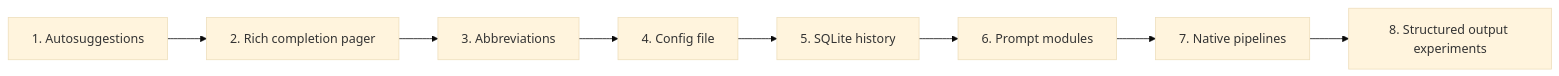
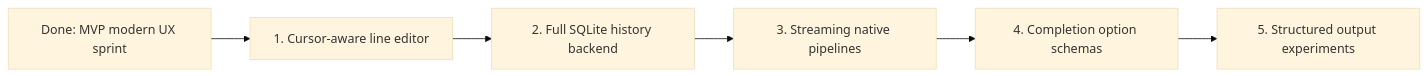
Before and after one commit to PascalAI2024/ZiggyZag: the diagram in docs/ROADMAP.md, drawn with Mermaid (base theme). The commit also changed other lines of this file and 6 other files, not shown here.

Commit message:
Add modern shell feature sprint

````diff
--- a/docs/ROADMAP.md
+++ b/docs/ROADMAP.md
@@ -24,10 +26,8 @@
 ```mermaid
 flowchart LR
-    a["1. Autosuggestions"] --> b["2. Rich completion pager"]
-    b --> c["3. Abbreviations"]
-    c --> d["4. Config file"]
-    d --> e["5. SQLite history"]
-    e --> f["6. Prompt modules"]
-    f --> g["7. Native pipelines"]
-    g --> h["8. Structured output experiments"]
+    a["Done: MVP modern UX sprint"] --> b["1. Cursor-aware line editor"]
+    b --> c["2. Full SQLite history backend"]
+    c --> d["3. Streaming native pipelines"]
+    d --> e["4. Completion option schemas"]
+    e --> f["5. Structured output experiments"]
 ```
````
